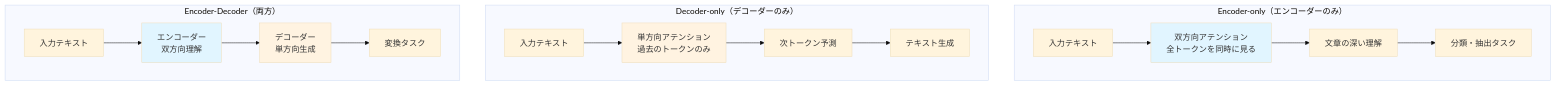
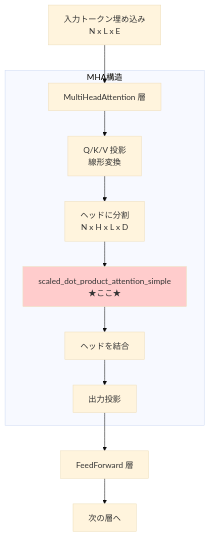
Before and after one commit to littlemex/zenn: the first of 6 diagrams in books/tiny-llm-jp-course/week1-01-attention.md, drawn with Mermaid (base theme). The commit also changed other lines of this file and 1 other file, not shown here.

````diff
--- a/books/tiny-llm-jp-course/week1-01-attention.md
+++ b/books/tiny-llm-jp-course/week1-01-attention.md
@@ -134,24 +159,17 @@
 ```mermaid
 graph TB
-    subgraph "Encoder-only（エンコーダーのみ）"
-        E1[入力テキスト] --> E2[双方向アテンション<br/>全トークンを同時に見る]
-        E2 --> E3[文章の深い理解]
-        E3 --> E4[分類・抽出タスク]
-        style E2 fill:#e1f5ff
+    Input[入力トークン埋め込み<br/>N x L x E] --> MHA[MultiHeadAttention 層]
+    
+    subgraph MHA構造
+        MHA --> QKV[Q/K/V 投影<br/>線形変換]
+        QKV --> Split[ヘッドに分割<br/>N x H x L x D]
+        Split --> SDPA[scaled_dot_product_attention_simple<br/>★ここ★]
+        SDPA --> Concat[ヘッドを結合]
+        Concat --> Out[出力投影]
     end
     
-    subgraph "Decoder-only（デコーダーのみ）"
-        D1[入力テキスト] --> D2[単方向アテンション<br/>過去のトークンのみ]
-        D2 --> D3[次トークン予測]
-        D3 --> D4[テキスト生成]
-        style D2 fill:#fff3e1
-    end
+    Out --> FFN[FeedForward 層]
+    FFN --> Output[次の層へ]
     
-    subgraph "Encoder-Decoder（両方）"
-        ED1[入力テキスト] --> ED2[エンコーダー<br/>双方向理解]
-        ED2 --> ED3[デコーダー<br/>単方向生成]
-        ED3 --> ED4[変換タスク]
-        style ED2 fill:#e1f5ff
-        style ED3 fill:#fff3e1
-    end
+    style SDPA fill:#ffcccc
 ```
````
